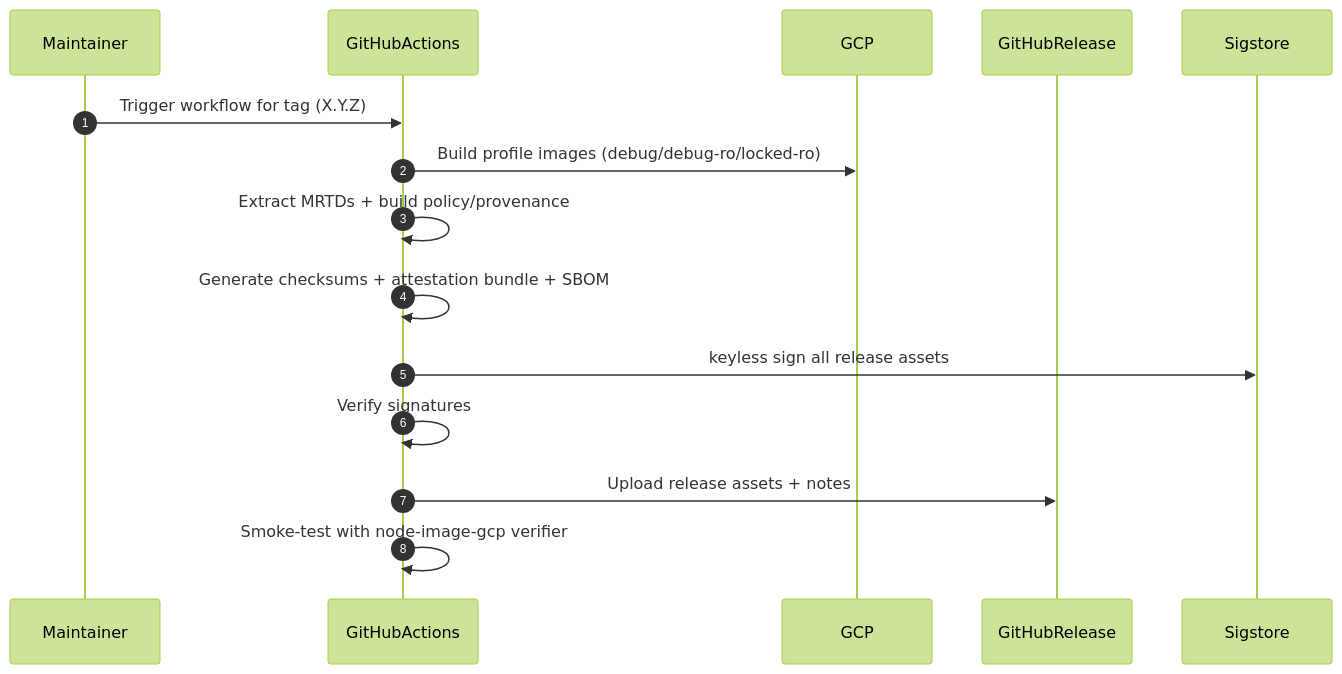
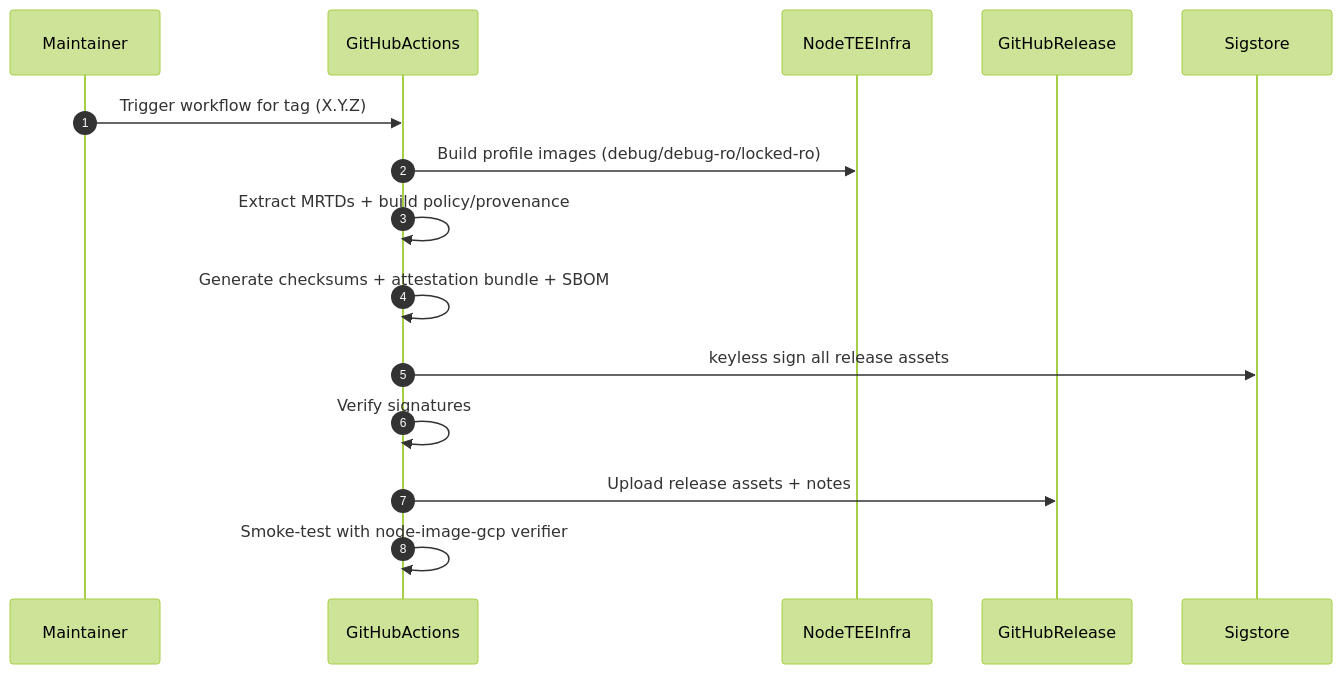
One commit to calimero-network/mero-tee changed the second of 3 diagrams in docs/release/pipeline-sequence-diagrams.md. Above: the diagram before and after it, drawn with Mermaid (forest theme). The commit also changed 25 other files, not shown here.

````diff
--- a/docs/release/pipeline-sequence-diagrams.md
+++ b/docs/release/pipeline-sequence-diagrams.md
@@ -32,18 +32,18 @@
 ```mermaid
 sequenceDiagram
   autonumber
   participant Maintainer
   participant GitHubActions
-  participant GCP
+  participant NodeTEEInfra
   participant GitHubRelease
   participant Sigstore
 
   Maintainer->>GitHubActions: Trigger workflow for tag (X.Y.Z)
-  GitHubActions->>GCP: Build profile images (debug/debug-ro/locked-ro)
+  GitHubActions->>NodeTEEInfra: Build profile images (debug/debug-ro/locked-ro)
   GitHubActions->>GitHubActions: Extract MRTDs + build policy/provenance
   GitHubActions->>GitHubActions: Generate checksums + attestation bundle + SBOM
   GitHubActions->>Sigstore: keyless sign all release assets
   GitHubActions->>GitHubActions: Verify signatures
   GitHubActions->>GitHubRelease: Upload release assets + notes
   GitHubActions->>GitHubActions: Smoke-test with node-image-gcp verifier
 ```
````
